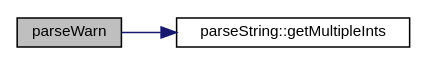
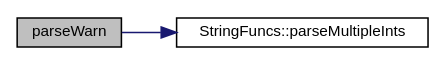
One commit to FPGA-Research-Manchester/byteman changed the diagram in byteman_8cpp_a8f7be31e158a1af17d28b26fdcb8653d_cgraph.dot. Above: the diagram before and after it, drawn with Graphviz. The commit also changed 1465 other files, not shown here.

```diff
--- a/byteman_8cpp_a8f7be31e158a1af17d28b26fdcb8653d_cgraph.dot
+++ b/byteman_8cpp_a8f7be31e158a1af17d28b26fdcb8653d_cgraph.dot
@@ -1,11 +1,11 @@
 digraph "parseWarn"
 {
  // INTERACTIVE_SVG=YES
  // LATEX_PDF_SIZE
   edge [fontname="Helvetica",fontsize="10",labelfontname="Helvetica",labelfontsize="10"];
   node [fontname="Helvetica",fontsize="10",shape=record];
   rankdir="LR";
   Node1 [label="parseWarn",height=0.2,width=0.4,color="black", fillcolor="grey75", style="filled", fontcolor="black",tooltip=" "];
   Node1 -> Node2 [color="midnightblue",fontsize="10",style="solid",fontname="Helvetica"];
-  Node2 [label="parseString::getMultipleInts",height=0.2,width=0.4,color="black", fillcolor="white", style="filled",URL="$namespaceparseString.html#ac06596f0fa8d4218207a451019f59df4",tooltip=" "];
+  Node2 [label="StringFuncs::parseMultipleInts",height=0.2,width=0.4,color="black", fillcolor="white", style="filled",URL="$namespaceStringFuncs.html#a7e1cc9be2328b6006a110bc9d306785e",tooltip=" "];
 }
```
